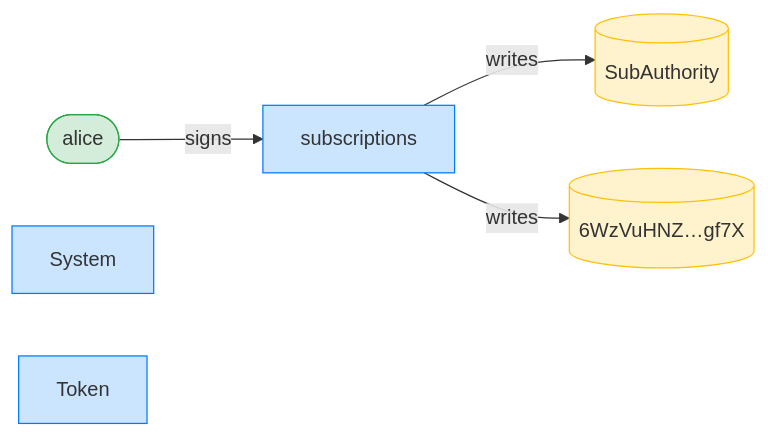
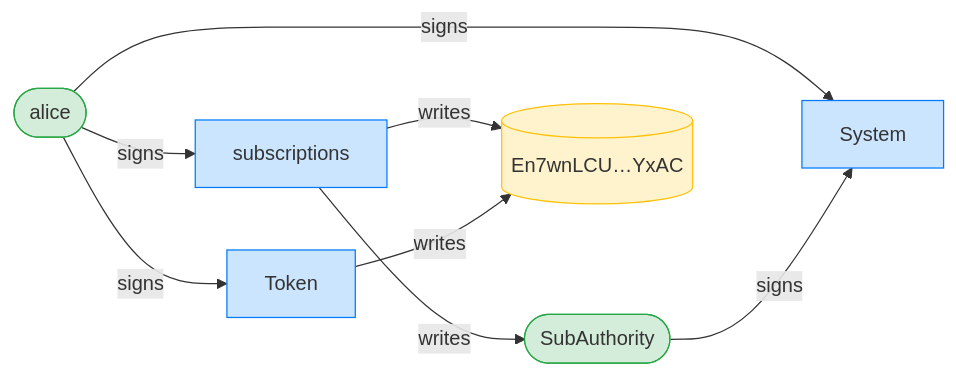
The third of 8 diagrams in dsl_tests/fixed-transfer-by-the-wrong-signer-is-refused.md (cds-rs/subscriptions), drawn with Mermaid before and after one commit. The commit also changed other lines of this file and 224 other files, not shown here.

````diff
--- a/dsl_tests/fixed-transfer-by-the-wrong-signer-is-refused.md
+++ b/dsl_tests/fixed-transfer-by-the-wrong-signer-is-refused.md
@@ -55,15 +56,19 @@
 ```mermaid
 flowchart LR
     classDef signer fill:#d4edda,stroke:#28a745;
     classDef program fill:#cce5ff,stroke:#007bff;
     classDef writable fill:#fff3cd,stroke:#ffc107;
     subscriptions[subscriptions]:::program
     alice([alice]):::signer
-    SubAuthority[(SubAuthority)]:::writable
-    6WzVuHNZ_gf7X[("6WzVuHNZ…gf7X")]:::writable
+    SubAuthority([SubAuthority]):::signer
+    En7wnLCU_YxAC[("En7wnLCU…YxAC")]:::writable
     System[System]:::program
     Token[Token]:::program
     alice -->|signs| subscriptions
+    alice -->|signs| System
+    SubAuthority -->|signs| System
+    alice -->|signs| Token
     subscriptions -->|writes| SubAuthority
-    subscriptions -->|writes| 6WzVuHNZ_gf7X
+    subscriptions -->|writes| En7wnLCU_YxAC
+    Token -->|writes| En7wnLCU_YxAC
 ```
````
